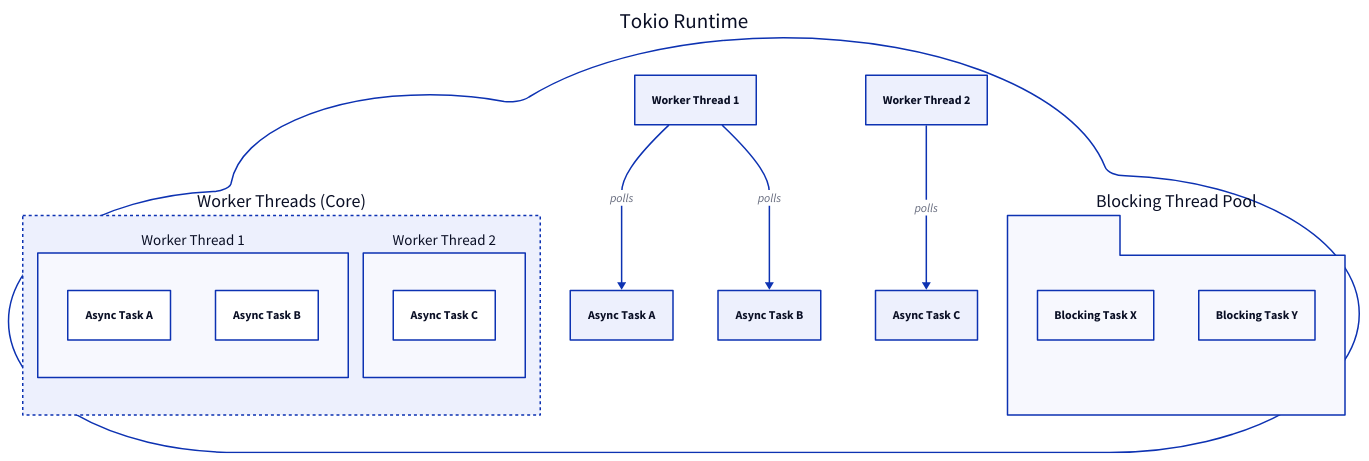
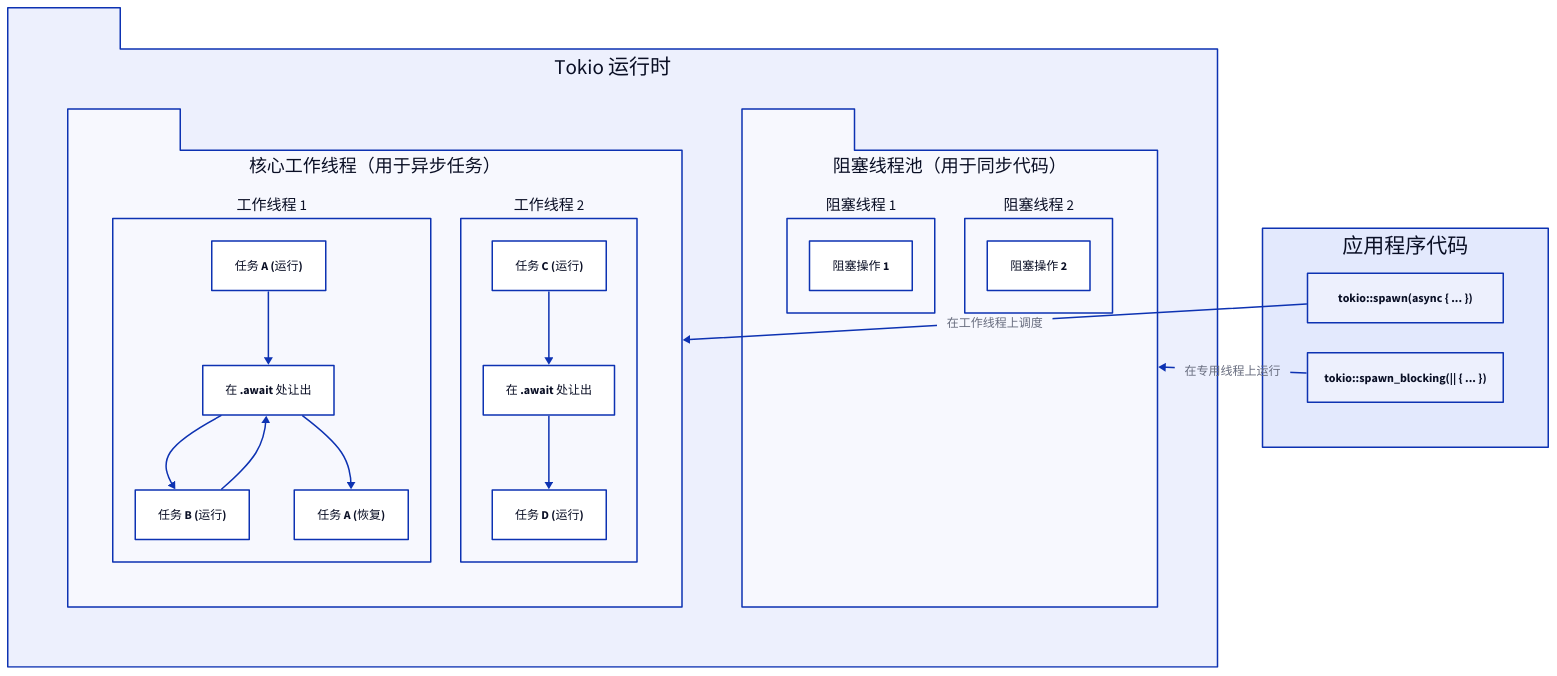
Before and after one commit to lban2049/tokio: the diagram in .aigne/doc-smith/docs/concepts-tasks.zh.md, drawn with D2. The commit also changed other lines of this file and 42 other files, not shown here.

````diff
--- a/.aigne/doc-smith/docs/concepts-tasks.zh.md
+++ b/.aigne/doc-smith/docs/concepts-tasks.zh.md
@@ -11,28 +17,55 @@
 ```d2
 direction: down
 
-"Tokio Runtime" {
-  shape: cloud
+"Tokio 运行时": {
+  shape: package
+  grid-columns: 2
+  grid-gap: 80
 
-  "Worker Threads (Core)" {
-    style.stroke-dash: 2
-    "Worker Thread 1" {
-      "Async Task A"
-      "Async Task B"
+  "核心工作线程": {
+    label: "核心工作线程（用于异步任务）"
+    shape: package
+    grid-columns: 2
+
+    "工作线程 1": {
+      shape: rectangle
+      "任务 A (运行)" -> "在 .await 处让出" -> "任务 B (运行)" -> "在 .await 处让出" -> "任务 A (恢复)"
     }
-    "Worker Thread 2" {
-      "Async Task C"
+
+    "工作线程 2": {
+      shape: rectangle
+      "任务 C (运行)" -> "在 .await 处让出" -> "任务 D (运行)"
     }
   }
 
-  "Blocking Thread Pool" {
+  "阻塞线程池": {
+    label: "阻塞线程池（用于同步代码）"
     shape: package
-    "Blocking Task X"
-    "Blocking Task Y"
+    grid-columns: 2
+
+    "阻塞线程 1": {
+      shape: rectangle
+      "阻塞操作 1"
+    }
+    "阻塞线程 2": {
+      shape: rectangle
+      "阻塞操作 2"
+    }
   }
+}
 
-  "Worker Thread 1" -> "Async Task A": polls
-  "Worker Thread 1" -> "Async Task B": polls
-  "Worker Thread 2" -> "Async Task C": polls
+"应用程序代码": {
+  shape: rectangle
+  grid-columns: 1
+  "spawn(async_fn)": {
+    label: "tokio::spawn(async { ... })"
+  }
+  "spawn_blocking(sync_fn)": {
+    label: "tokio::spawn_blocking(|| { ... })"
+  }
 }
+
+"应用程序代码"."spawn(async_fn)" -> "Tokio 运行时"."核心工作线程": "在工作线程上调度"
+"应用程序代码"."spawn_blocking(sync_fn)" -> "Tokio 运行时"."阻塞线程池": "在专用线程上运行"
+
 ```
````
